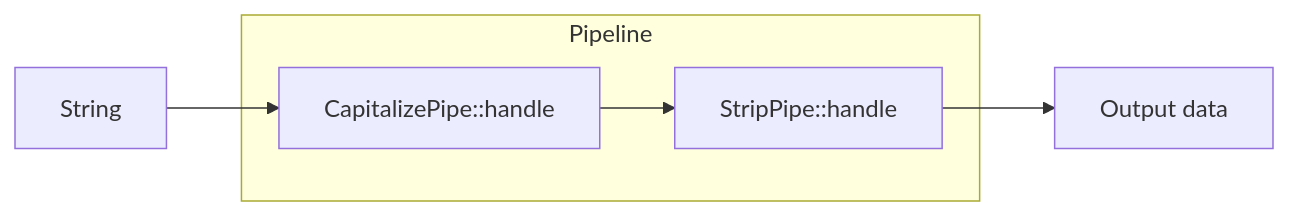
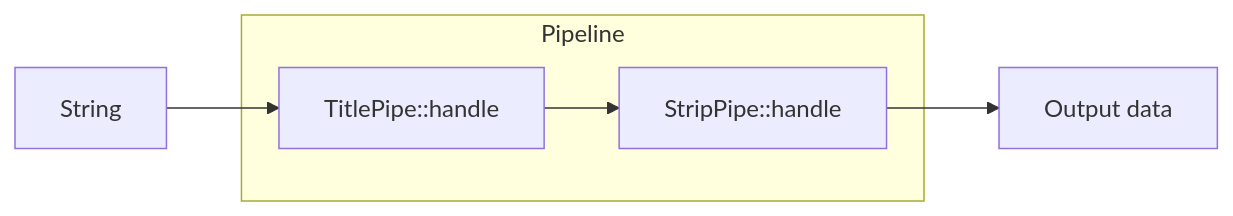
The fifth of 7 diagrams in README.md (borkweb/borkpipeline), drawn with Mermaid before and after one commit. The commit also changed other lines of this file and 1 other file, not shown here.

````diff
--- a/README.md
+++ b/README.md
@@ -218,14 +213,14 @@
 ```mermaid
 flowchart LR
 	input[String]
 	subgraph Pipeline
-		pipe1[CapitalizePipe::handle]
+		pipe1[TitlePipe::handle]
 		pipe2[StripPipe::handle]
 
 		pipe1 --> pipe2
 	end
 	output[Output data]
 
 	input --> pipe1
 	pipe2 --> output
 ```
````
